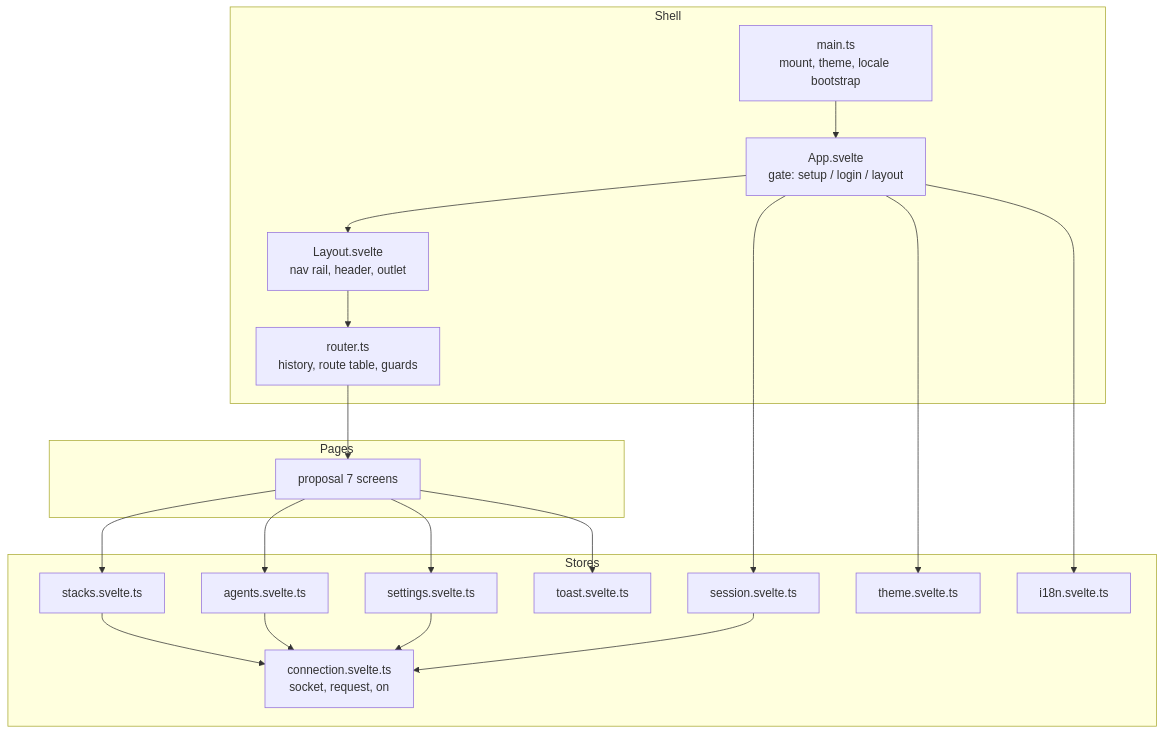
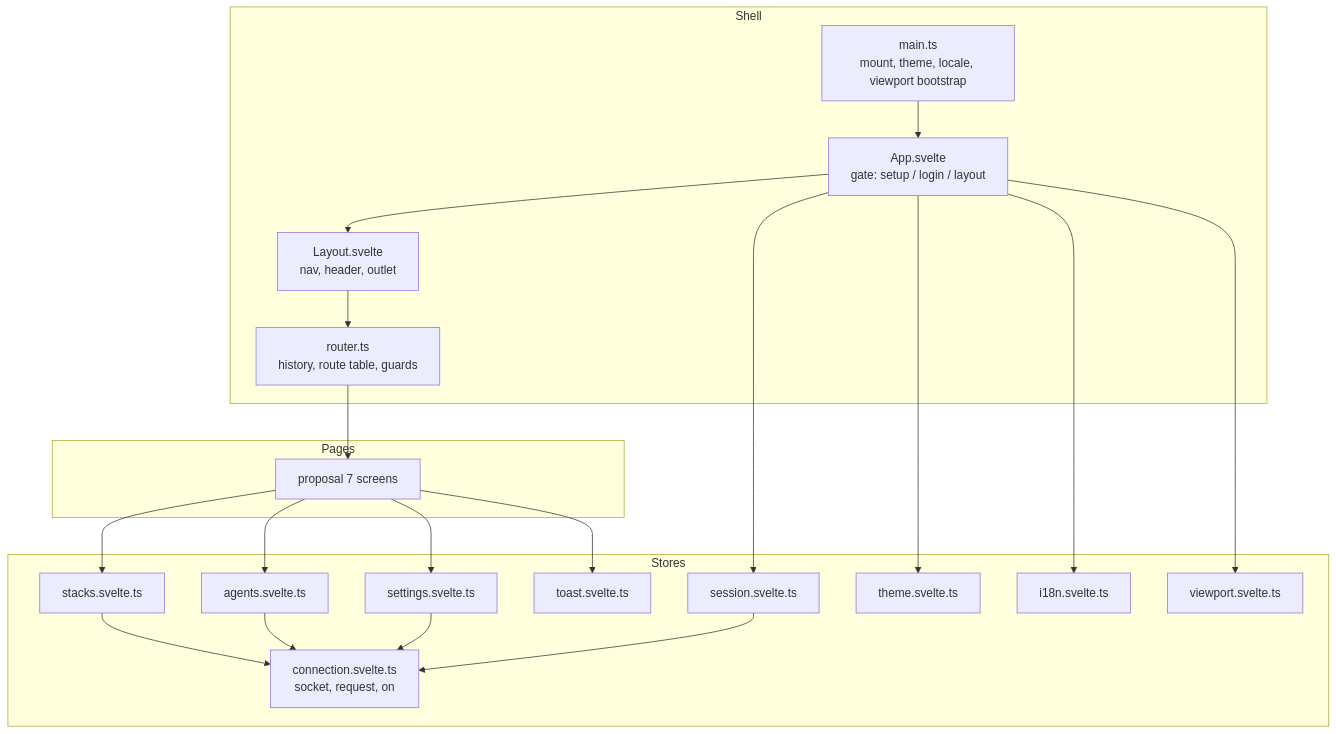
The diagram in docs/proposals/docknight-6-frontend-shell.md (heavycaffeiner/Docknight), drawn with Mermaid before and after one commit. The commit also changed other lines of this file and 60 other files, not shown here.

````diff
--- a/docs/proposals/docknight-6-frontend-shell.md
+++ b/docs/proposals/docknight-6-frontend-shell.md
@@ -74,40 +94,42 @@
 ```mermaid
 flowchart TB
     subgraph Shell
-        MAIN[main.ts<br/>mount, theme, locale bootstrap]
+        MAIN[main.ts<br/>mount, theme, locale, viewport bootstrap]
         APP[App.svelte<br/>gate: setup / login / layout]
-        LAYOUT[Layout.svelte<br/>nav rail, header, outlet]
+        LAYOUT[Layout.svelte<br/>nav, header, outlet]
         ROUTER[router.ts<br/>history, route table, guards]
     end
 
     subgraph Stores
         CONN[connection.svelte.ts<br/>socket, request, on]
         SESSION[session.svelte.ts]
         STACKS[stacks.svelte.ts]
         AGENTS[agents.svelte.ts]
         SETTINGS[settings.svelte.ts]
         THEME[theme.svelte.ts]
         I18N[i18n.svelte.ts]
         TOAST[toast.svelte.ts]
+        VIEW[viewport.svelte.ts]
     end
 
     subgraph Pages
         P["proposal 7 screens"]
     end
 
     MAIN --> APP
     APP --> LAYOUT
     LAYOUT --> ROUTER
     ROUTER --> P
     P --> STACKS
     P --> AGENTS
     P --> SETTINGS
     STACKS --> CONN
     AGENTS --> CONN
     SETTINGS --> CONN
     SESSION --> CONN
     APP --> SESSION
     APP --> THEME
     APP --> I18N
+    APP --> VIEW
     P --> TOAST
 ```
````
